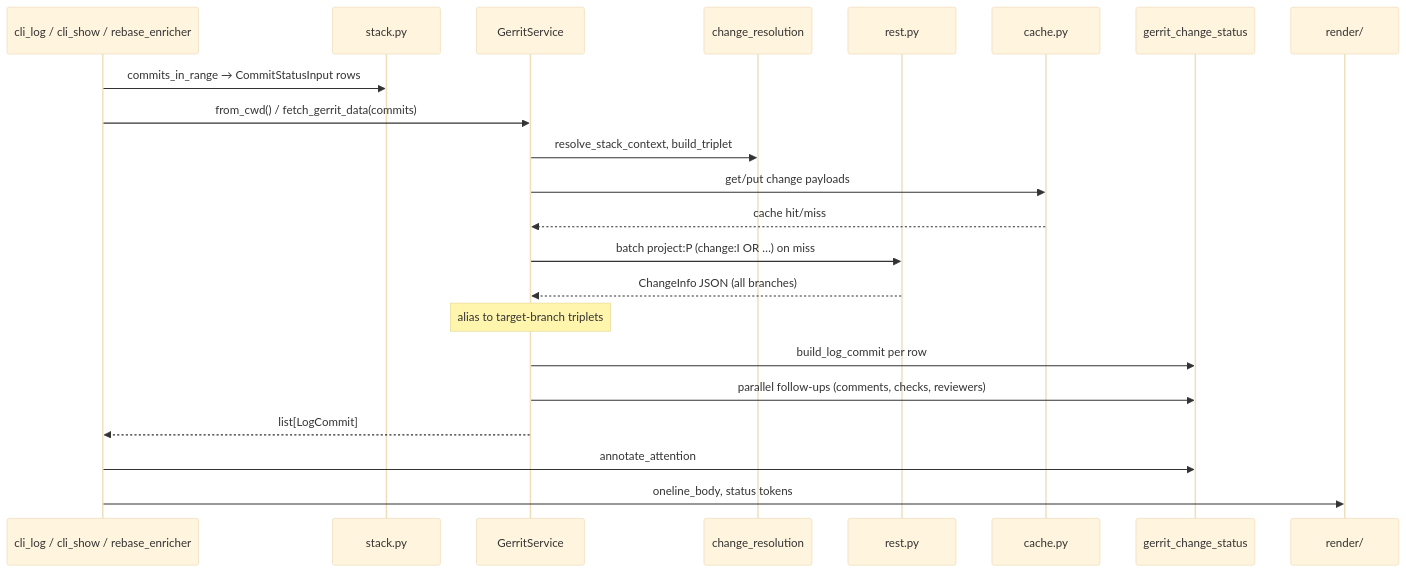
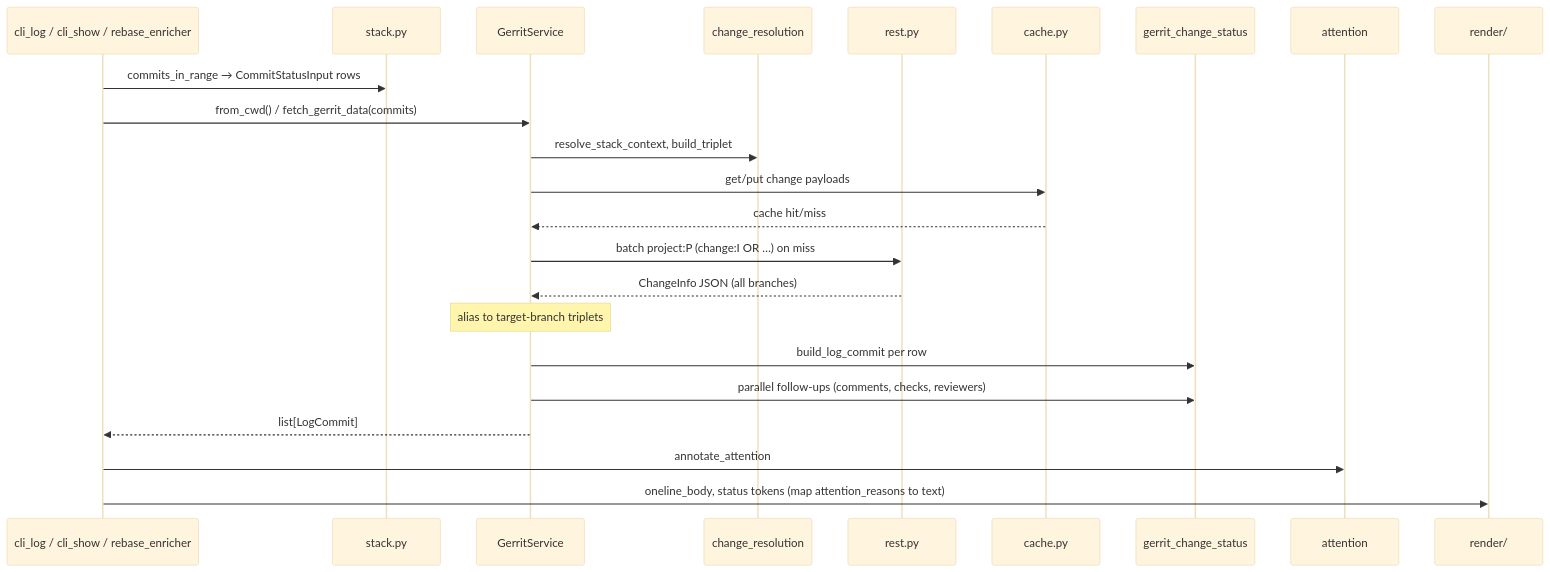
Before and after one commit to togrue/gerrit-workflow-tools: the fifth of 8 diagrams in docu/architecture.md, drawn with Mermaid (base theme). The commit also changed other lines of this file and 17 other files, not shown here.

````diff
--- a/docu/architecture.md
+++ b/docu/architecture.md
@@ -194,25 +194,26 @@
 ```mermaid
 sequenceDiagram
   participant CLI as cli_log / cli_show / rebase_enricher
   participant Stack as stack.py
   participant Svc as GerritService
   participant Res as change_resolution
   participant REST as rest.py
   participant Cache as cache.py
   participant Status as gerrit_change_status
+  participant Attn as attention
   participant Render as render/
 
   CLI->>Stack: commits_in_range → CommitStatusInput rows
   CLI->>Svc: from_cwd() / fetch_gerrit_data(commits)
   Svc->>Res: resolve_stack_context, build_triplet
   Svc->>Cache: get/put change payloads
   Cache-->>Svc: cache hit/miss
   Svc->>REST: batch project:P (change:I OR …) on miss
   REST-->>Svc: ChangeInfo JSON (all branches)
   Note over Svc: alias to target-branch triplets
   Svc->>Status: build_log_commit per row
   Svc->>Status: parallel follow-ups (comments, checks, reviewers)
   Svc-->>CLI: list[LogCommit]
-  CLI->>Status: annotate_attention
-  CLI->>Render: oneline_body, status tokens
+  CLI->>Attn: annotate_attention
+  CLI->>Render: oneline_body, status tokens (map attention_reasons to text)
 ```
````
